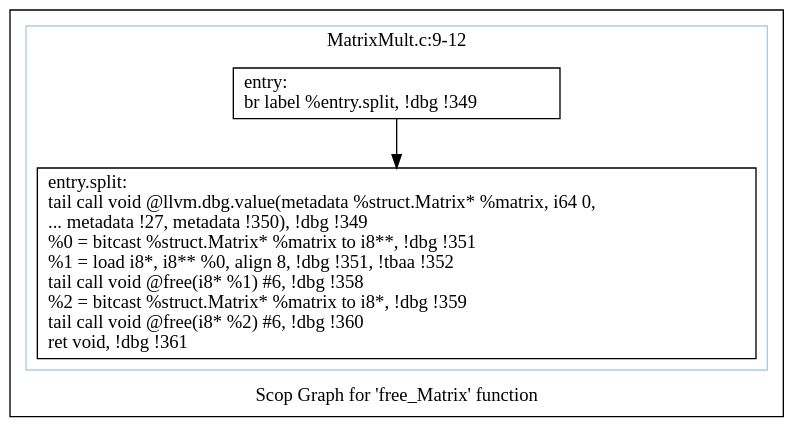
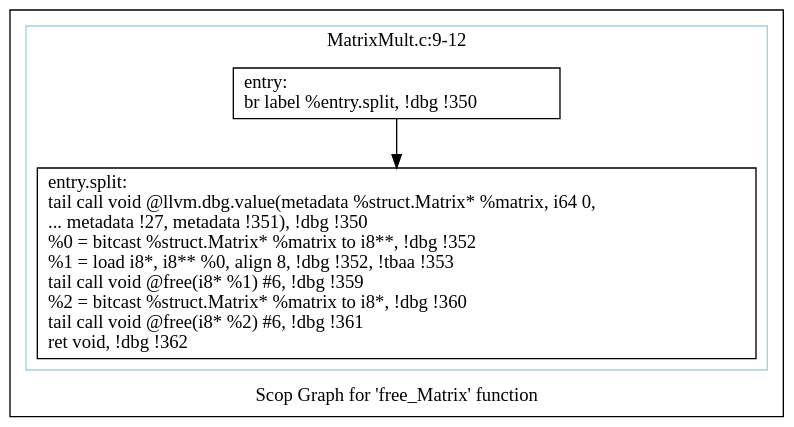
One commit to samminweng/WhileyOpenCL changed the diagram in polly/MatrixMult/impl/autogenerate2/dot/scops.free_Matrix.dot. Above: the diagram before and after it, drawn with Graphviz. The commit also changed 540 other files, not shown here.

```diff
--- a/polly/MatrixMult/impl/autogenerate2/dot/scops.free_Matrix.dot
+++ b/polly/MatrixMult/impl/autogenerate2/dot/scops.free_Matrix.dot
@@ -1,16 +1,16 @@
 digraph "Scop Graph for 'free_Matrix' function" {
 	label="Scop Graph for 'free_Matrix' function";
 
-	Node0x9c13f20 [shape=record,label="{entry:\l  br label %entry.split, !dbg !349\l}"];
-	Node0x9c13f20 -> Node0x9bdbdd0;
-	Node0x9bdbdd0 [shape=record,label="{entry.split:                                      \l  tail call void @llvm.dbg.value(metadata %struct.Matrix* %matrix, i64 0,\l... metadata !27, metadata !350), !dbg !349\l  %0 = bitcast %struct.Matrix* %matrix to i8**, !dbg !351\l  %1 = load i8*, i8** %0, align 8, !dbg !351, !tbaa !352\l  tail call void @free(i8* %1) #6, !dbg !358\l  %2 = bitcast %struct.Matrix* %matrix to i8*, !dbg !359\l  tail call void @free(i8* %2) #6, !dbg !360\l  ret void, !dbg !361\l}"];
+	Node0xad947f0 [shape=record,label="{entry:\l  br label %entry.split, !dbg !350\l}"];
+	Node0xad947f0 -> Node0xad9a400;
+	Node0xad9a400 [shape=record,label="{entry.split:                                      \l  tail call void @llvm.dbg.value(metadata %struct.Matrix* %matrix, i64 0,\l... metadata !27, metadata !351), !dbg !350\l  %0 = bitcast %struct.Matrix* %matrix to i8**, !dbg !352\l  %1 = load i8*, i8** %0, align 8, !dbg !352, !tbaa !353\l  tail call void @free(i8* %1) #6, !dbg !359\l  %2 = bitcast %struct.Matrix* %matrix to i8*, !dbg !360\l  tail call void @free(i8* %2) #6, !dbg !361\l  ret void, !dbg !362\l}"];
 	colorscheme = "paired12"
-        subgraph cluster_0x9c586e0 {
+        subgraph cluster_0xae41660 {
           label = "MatrixMult.c:9-12
 ";
           style = solid;
           color = 1
-          Node0x9c13f20;
-          Node0x9bdbdd0;
+          Node0xad947f0;
+          Node0xad9a400;
         }
 }
```
